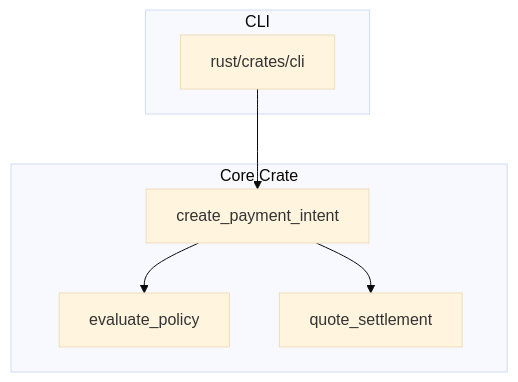
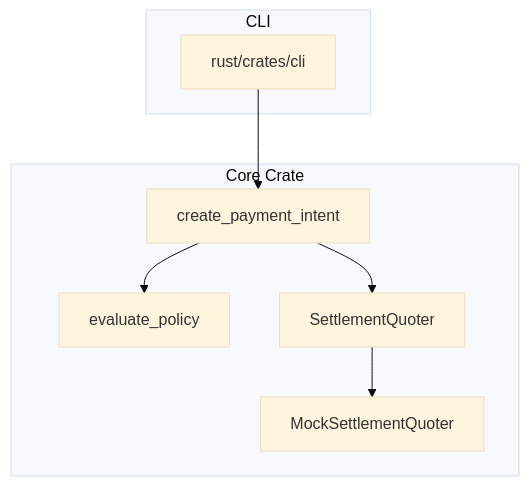
The second of 2 diagrams in docs/cli-technical-design.md (SovereignCrush/jup), drawn with Mermaid (base theme) before and after one commit. The commit also changed other lines of this file and 2 other files, not shown here.

Commit message:
refactor: introduce settlement quoter

````diff
--- a/docs/cli-technical-design.md
+++ b/docs/cli-technical-design.md
@@ -86,16 +86,18 @@
 ```mermaid
 flowchart TB
   subgraph CLI
     A[rust/crates/cli]
   end
 
   subgraph Core Crate
     B[create_payment_intent]
     C[evaluate_policy]
-    D[quote_settlement]
+    D[SettlementQuoter]
+    E[MockSettlementQuoter]
   end
 
   A --> B
   B --> C
   B --> D
+  D --> E
 ```
````
